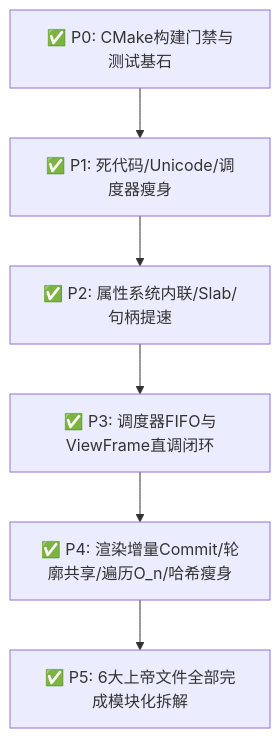
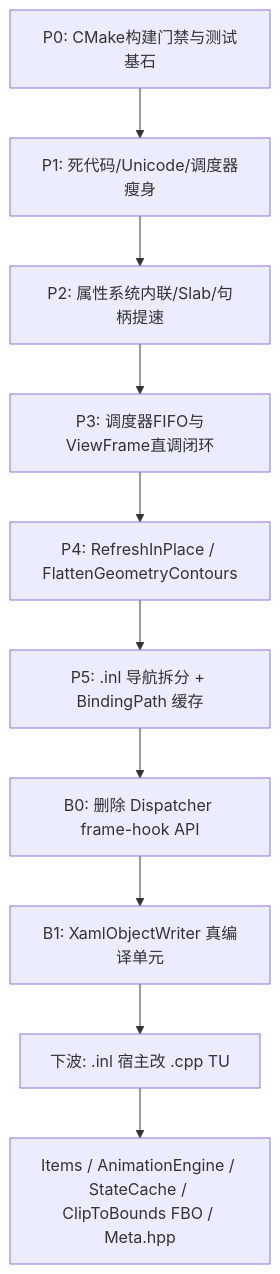
The diagram in docs/REFACTORING_PLAN.md (smithw2055-rgb/AeroGUI), drawn with Mermaid before and after one commit. The commit also changed other lines of this file and 17 other files, not shown here.

First line of the commit message:
refactor: split XamlObjectWriter into real TUs and drop unused Dispatcher frame hooks

````diff
--- a/docs/REFACTORING_PLAN.md
+++ b/docs/REFACTORING_PLAN.md
@@ -89,8 +108,12 @@
 ```mermaid
 graph TD
-    Done1[✅ P0: CMake构建门禁与测试基石] --> Done2[✅ P1: 死代码/Unicode/调度器瘦身]
-    Done2 --> Done3[✅ P2: 属性系统内联/Slab/句柄提速]
-    Done3 --> Done4[✅ P3: 调度器FIFO与ViewFrame直调闭环]
-    Done4 --> Done5[✅ P4: 渲染增量Commit/轮廓共享/遍历O_n/哈希瘦身]
-    Done5 --> Done6[✅ P5: 6大上帝文件全部完成模块化拆解]
+    Done1[P0: CMake构建门禁与测试基石] --> Done2[P1: 死代码/Unicode/调度器瘦身]
+    Done2 --> Done3[P2: 属性系统内联/Slab/句柄提速]
+    Done3 --> Done4[P3: 调度器FIFO与ViewFrame直调闭环]
+    Done4 --> Done5[P4: RefreshInPlace / FlattenGeometryContours]
+    Done5 --> Done6[P5: .inl 导航拆分 + BindingPath 缓存]
+    Done6 --> Done7[B0: 删除 Dispatcher frame-hook API]
+    Done7 --> Done8[B1: XamlObjectWriter 真编译单元]
+    Done8 --> Next1[下波: .inl 宿主改 .cpp TU]
+    Next1 --> Next2[Items / AnimationEngine / StateCache / ClipToBounds FBO / Meta.hpp]
 ```
````
